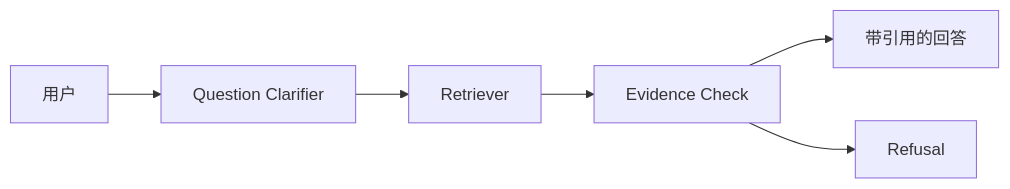
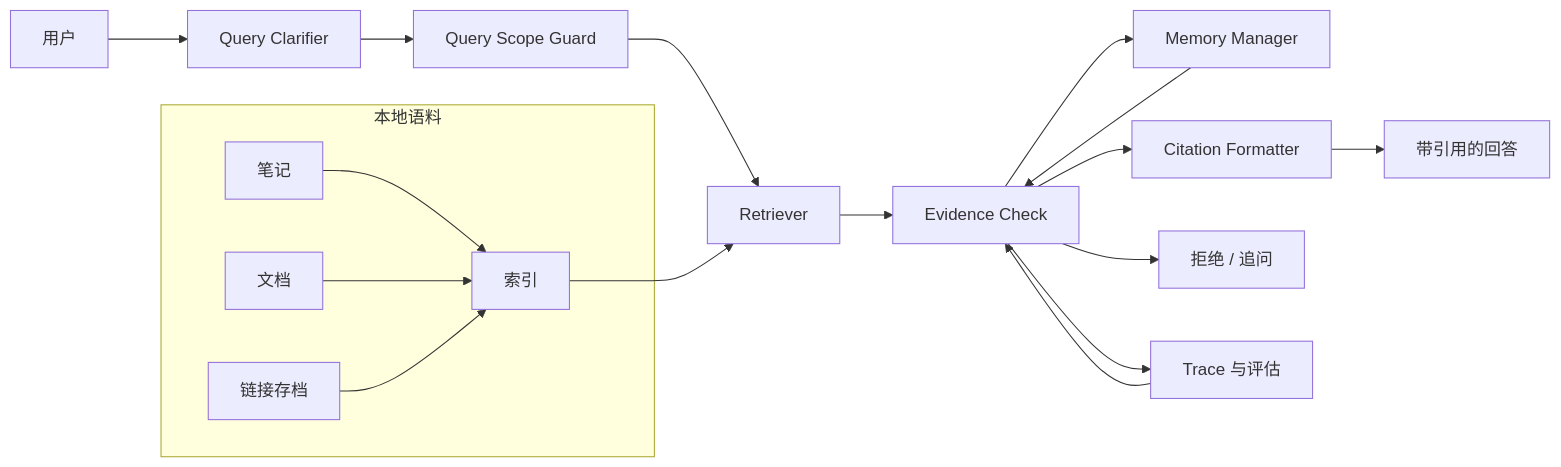
Before and after one commit to muchengit/agent-top: the diagram in docs/zh/cases/个人知识库RAG案例.md, drawn with Mermaid. The commit also changed other lines of this file and 24 other files, not shown here.

````diff
--- a/docs/zh/cases/个人知识库RAG案例.md
+++ b/docs/zh/cases/个人知识库RAG案例.md
@@ -15,8 +23,22 @@
 ```mermaid
 flowchart LR
-  U[用户] --> Q[Question Clarifier]
+  U[用户] --> C[Query Clarifier]
+  C --> Q[Query Scope Guard]
   Q --> R[Retriever]
+
+  subgraph Corpus["本地语料"]
+    N1[笔记] --> IDX[索引]
+    N2[文档] --> IDX
+    N3[链接存档] --> IDX
+  end
+
+  IDX --> R
   R --> E[Evidence Check]
-  E --> A[带引用的回答]
-  E --> F[Refusal]
+  E --> M[Memory Manager]
+  E --> V[Citation Formatter]
+  M --> E
+  V --> A[带引用的回答]
+  E --> F[拒绝 / 追问]
+  E --> T[Trace 与评估]
+  T --> E
 ```
````
